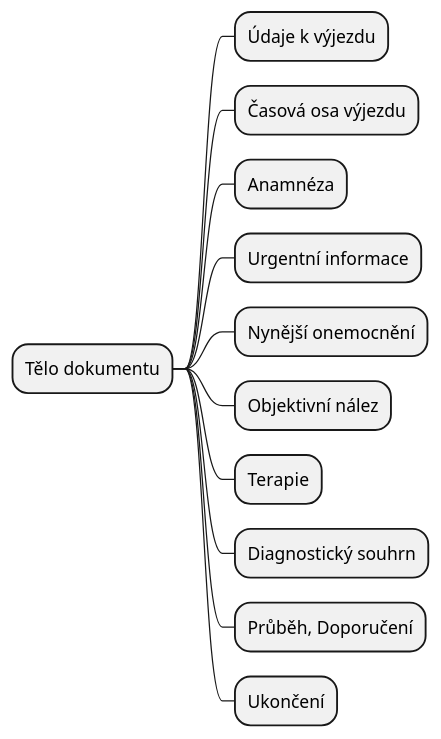
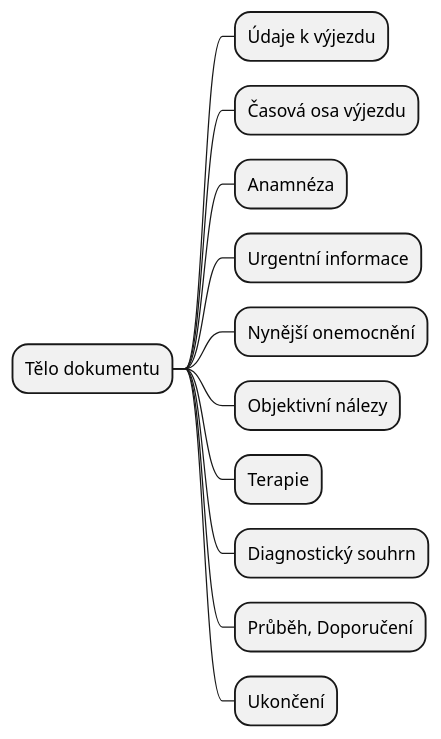
Before and after one commit to HL7-cz/cz-ems: the diagram in input/images-source/body-mindmap-cs.plantuml, drawn with PlantUML. The commit also changed 8 other files, not shown here.

```diff
--- a/input/images-source/body-mindmap-cs.plantuml
+++ b/input/images-source/body-mindmap-cs.plantuml
@@ -1,13 +1,13 @@
 @startmindmap
 * Tělo dokumentu
 ** Údaje k výjezdu
 ** Časová osa výjezdu
 ** Anamnéza
 ** Urgentní informace
 ** Nynější onemocnění
-** Objektivní nález
+** Objektivní nálezy
 ** Terapie
 ** Diagnostický souhrn
 ** Průběh, Doporučení
 ** Ukončení
 @endmindmap
```
